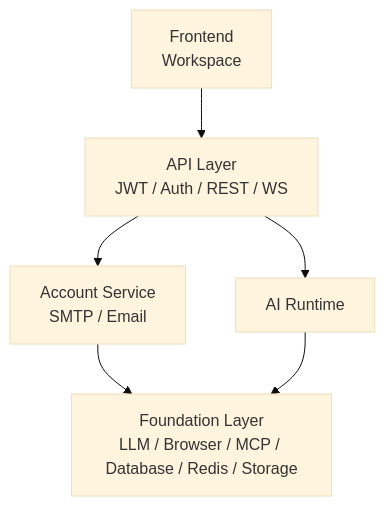
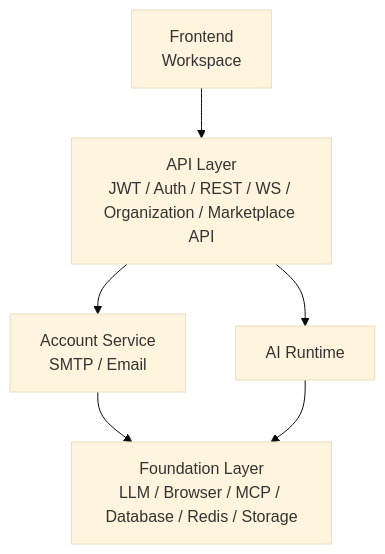
Before and after one commit to suberking0212/Astra-OS: the diagram in docs/Chinese/mvp/ARCHITECTURE_BASELINE.md, drawn with Mermaid (base theme). The commit also changed other lines of this file and 5 other files, not shown here.

````diff
--- a/docs/Chinese/mvp/ARCHITECTURE_BASELINE.md
+++ b/docs/Chinese/mvp/ARCHITECTURE_BASELINE.md
@@ -21,9 +21,9 @@
 ```mermaid
 flowchart TD
-  FE[Frontend<br/>Workspace] --> API[API Layer<br/>JWT / Auth / REST / WS]
+  FE[Frontend<br/>Workspace] --> API[API Layer<br/>JWT / Auth / REST / WS / Organization / Marketplace API]
   API --> ACCT[Account Service<br/>SMTP / Email]
   API --> RT[AI Runtime]
   ACCT --> FD[Foundation Layer]
   RT --> FD
   FD[Foundation Layer<br/>LLM / Browser / MCP / Database / Redis / Storage]
 ```
````
